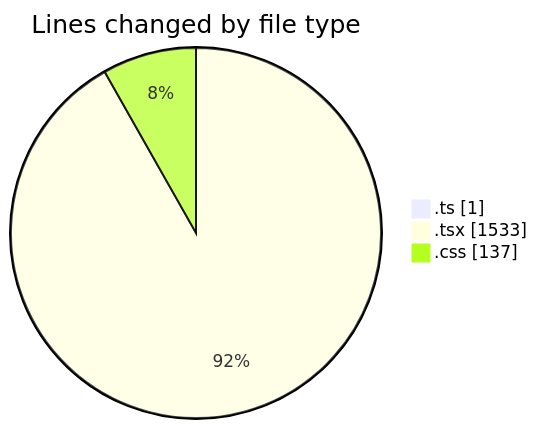
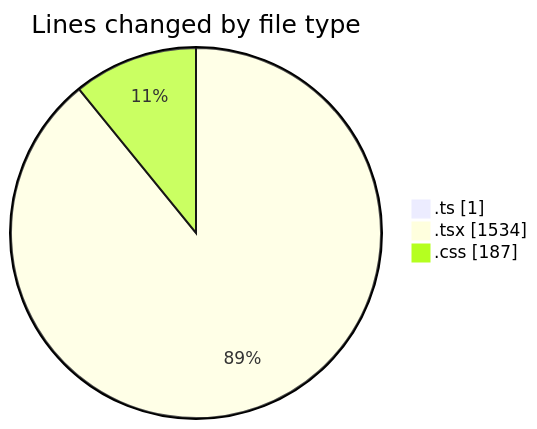
The first of 2 diagrams in 2025-01-31/audiobooks-web/README.md (robertbonfada/code-tracking), drawn with Mermaid before and after one commit. The commit also changed other lines of this file and 1 other file, not shown here.

````diff
--- a/2025-01-31/audiobooks-web/README.md
+++ b/2025-01-31/audiobooks-web/README.md
@@ -28,7 +30,7 @@
 ```mermaid
 pie showData
 title Lines changed by file type
 ".ts" : 1
-".tsx" : 1533
-".css" : 137
+".tsx" : 1534
+".css" : 187
 ```
````
